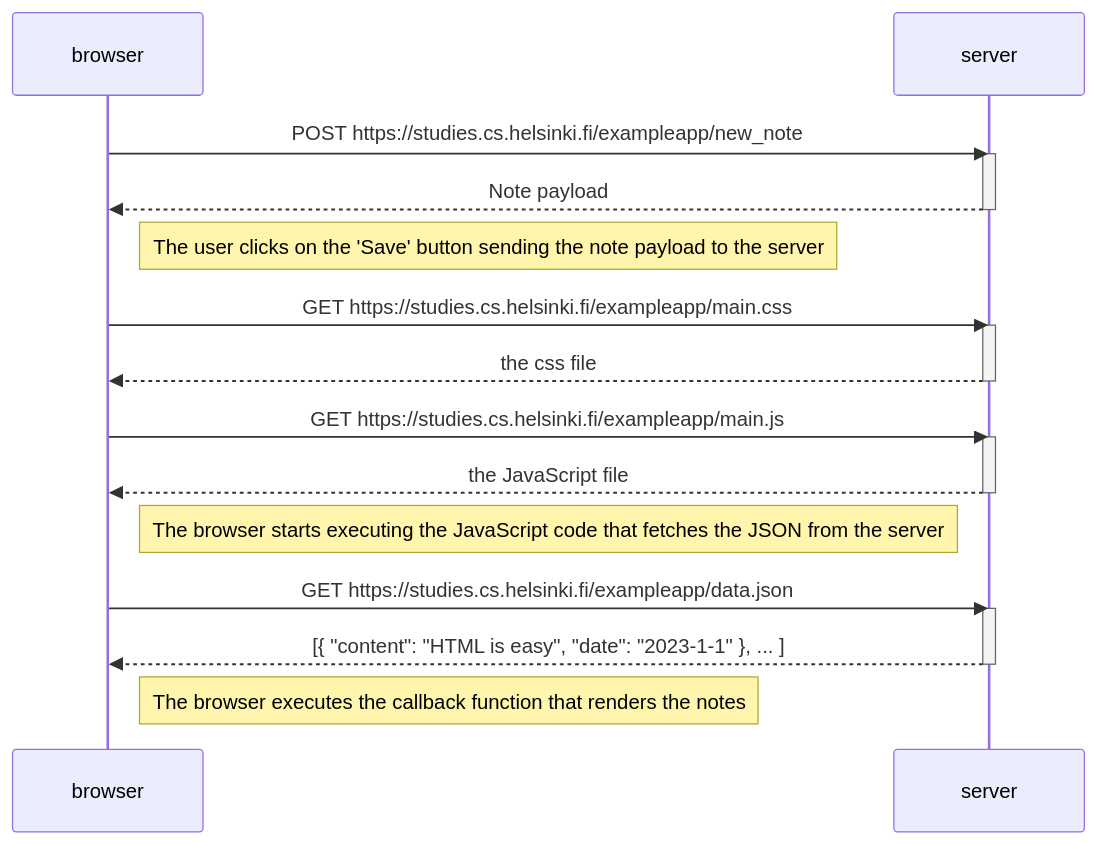
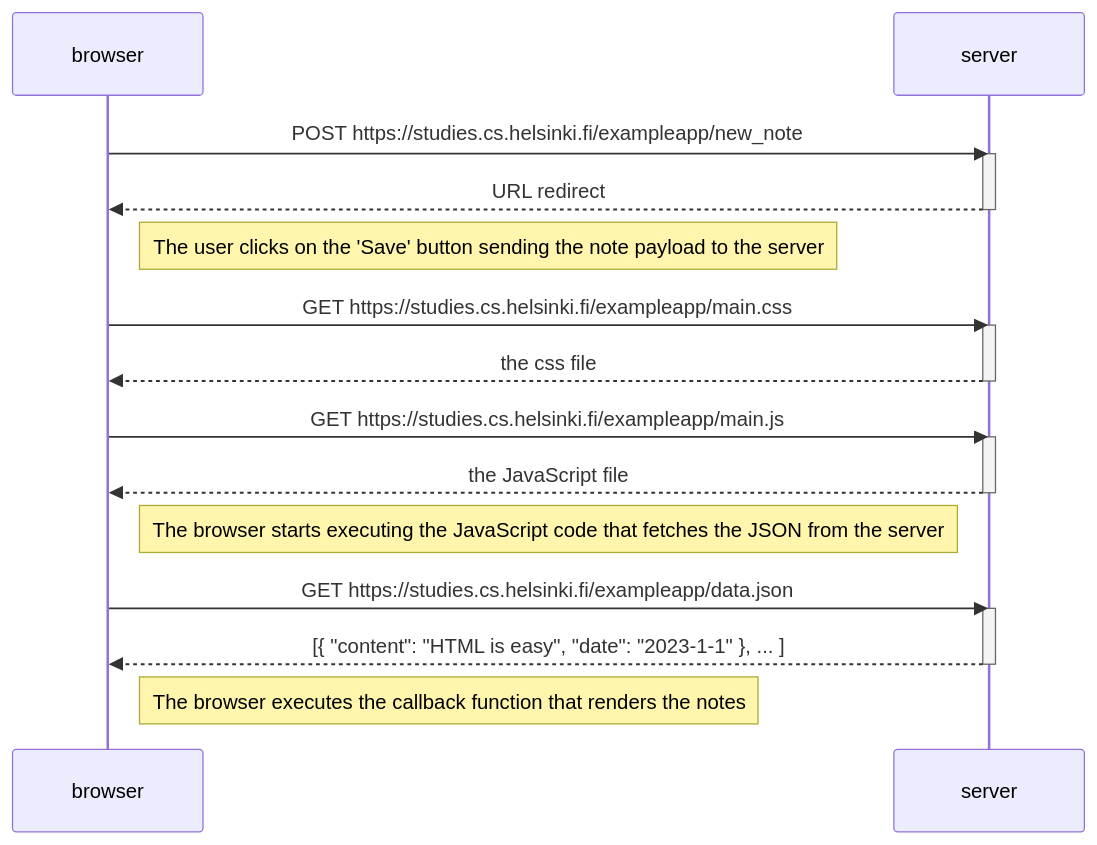
Before and after one commit to Lrodriguez9719/fullstackopen: the diagram in part0/0.4-new_note_diagram.md, drawn with Mermaid.

Commit message:
Make correction

````diff
--- a/part0/0.4-new_note_diagram.md
+++ b/part0/0.4-new_note_diagram.md
@@ -1,31 +1,31 @@
 ```mermaid
   sequenceDiagram
     participant browser
     participant server
 
     browser->>server: POST https://studies.cs.helsinki.fi/exampleapp/new_note
     activate server
-    server-->>browser: Note payload
+    server-->>browser: URL redirect
     deactivate server
 
     Note right of browser: The user clicks on the 'Save' button sending the note payload to the server
 
     browser->>server: GET https://studies.cs.helsinki.fi/exampleapp/main.css
     activate server
     server-->>browser: the css file
     deactivate server
 
     browser->>server: GET https://studies.cs.helsinki.fi/exampleapp/main.js
     activate server
     server-->>browser: the JavaScript file
     deactivate server
 
     Note right of browser: The browser starts executing the JavaScript code that fetches the JSON from the server
 
     browser->>server: GET https://studies.cs.helsinki.fi/exampleapp/data.json
     activate server
     server-->>browser: [{ "content": "HTML is easy", "date": "2023-1-1" }, ... ]
     deactivate server
 
     Note right of browser: The browser executes the callback function that renders the notes
 ```
````
